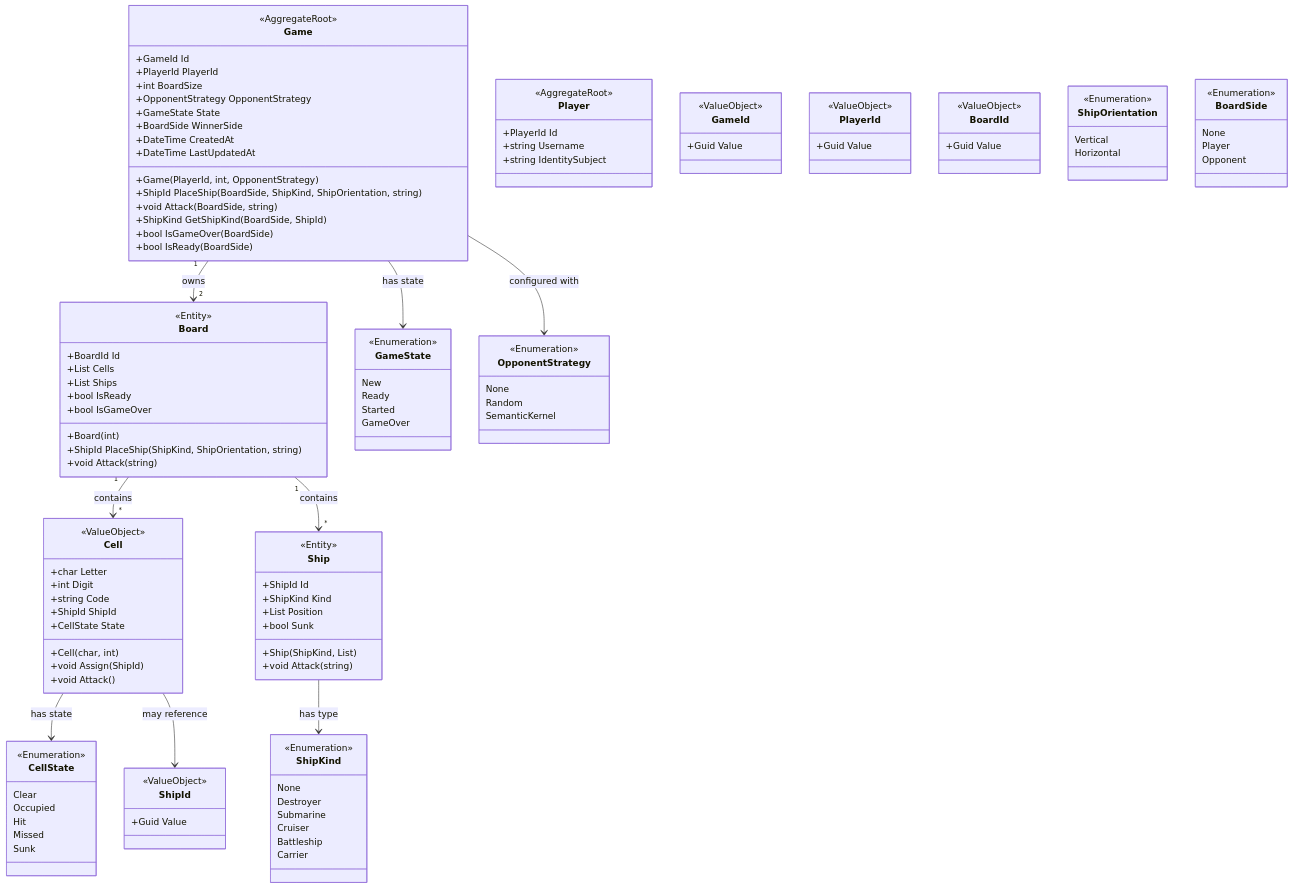
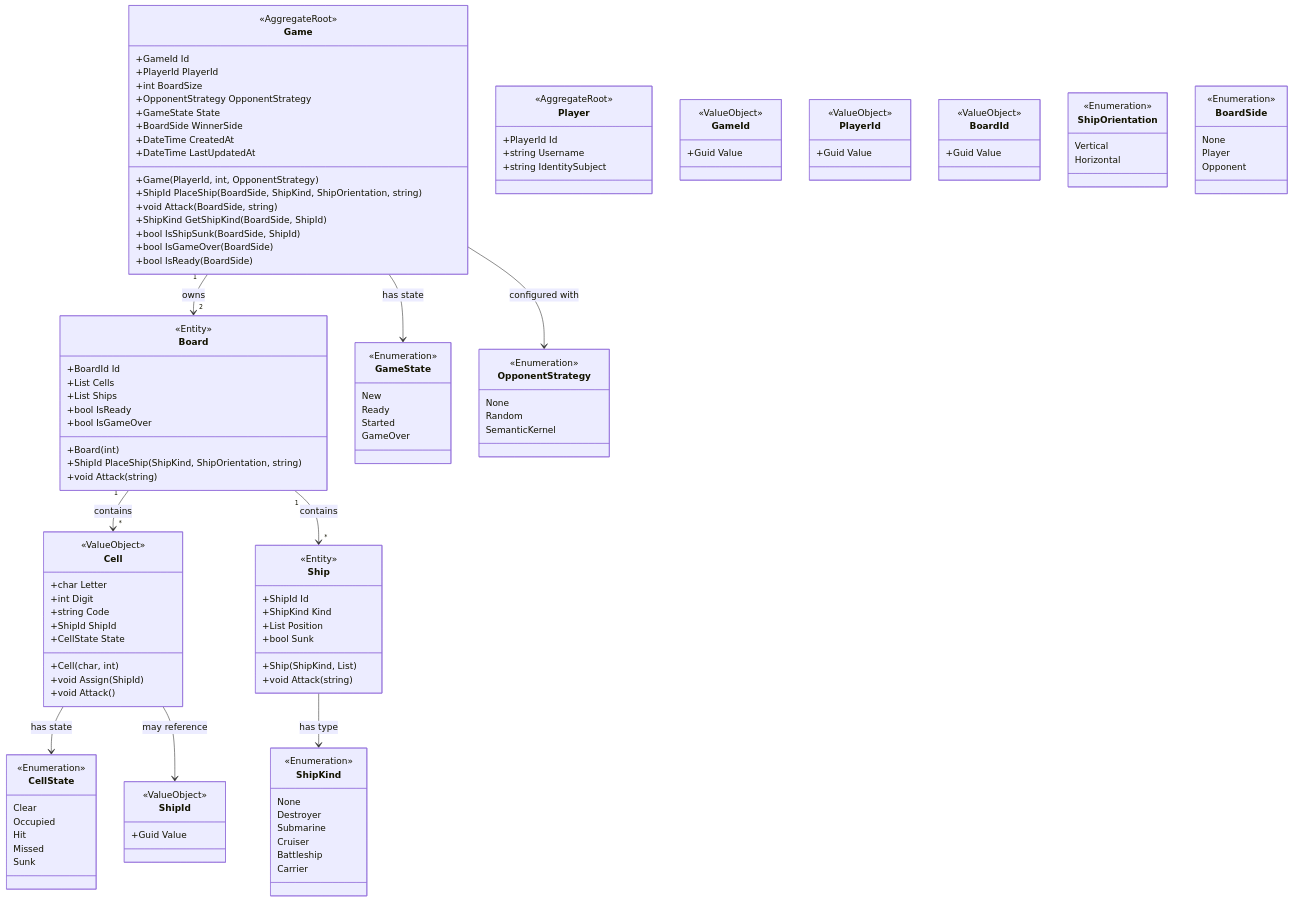
Before and after one commit to wahidshalaly/battleship-game: the first of 3 diagrams in docs/design.md, drawn with Mermaid. The commit also changed other lines of this file and 3 other files, not shown here.

```diff
--- a/docs/design.md
+++ b/docs/design.md
@@ -31,6 +31,7 @@
         +ShipId PlaceShip(BoardSide, ShipKind, ShipOrientation, string)
         +void Attack(BoardSide, string)
         +ShipKind GetShipKind(BoardSide, ShipId)
+        +bool IsShipSunk(BoardSide, ShipId)
         +bool IsGameOver(BoardSide)
         +bool IsReady(BoardSide)
     }
```
